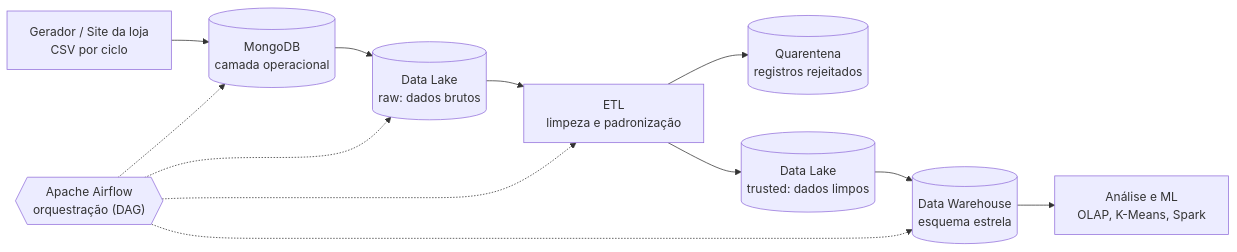
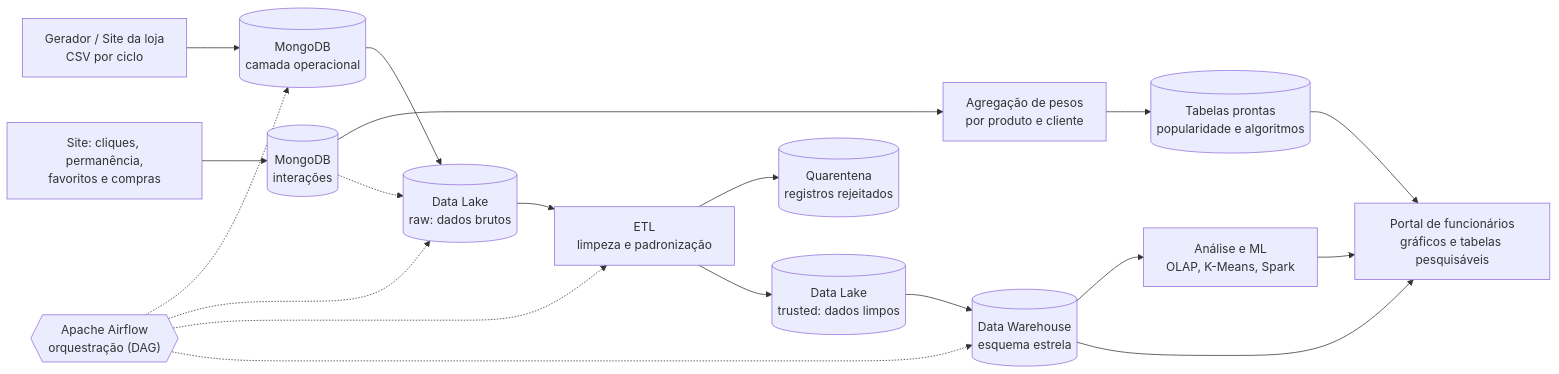
Before and after one commit to Anlbp/Projeto-Gardenia-unifeob: the first of 3 diagrams in dados/readme_dados.md, drawn with Mermaid. The commit also changed other lines of this file, not shown here.

````diff
--- a/dados/readme_dados.md
+++ b/dados/readme_dados.md
@@ -128,14 +135,21 @@
 ```mermaid
 flowchart LR
     A["Gerador / Site da loja<br/>CSV por ciclo"] --> B[("MongoDB<br/>camada operacional")]
     B --> C[("Data Lake<br/>raw: dados brutos")]
     C --> D["ETL<br/>limpeza e padronização"]
     D --> Q[("Quarentena<br/>registros rejeitados")]
     D --> T[("Data Lake<br/>trusted: dados limpos")]
     T --> E[("Data Warehouse<br/>esquema estrela")]
     E --> F["Análise e ML<br/>OLAP, K-Means, Spark"]
+    E --> P["Portal de funcionários<br/>gráficos e tabelas pesquisáveis"]
+    F --> P
+    S["Site: cliques, permanência,<br/>favoritos e compras"] --> M[("MongoDB<br/>interações")]
+    M --> AG["Agregação de pesos<br/>por produto e cliente"]
+    AG --> PR[("Tabelas prontas<br/>popularidade e algoritmos")]
+    PR --> P
+    M -.-> C
     G{{"Apache Airflow<br/>orquestração (DAG)"}} -.-> B
     G -.-> C
     G -.-> D
     G -.-> E
 ```
````
